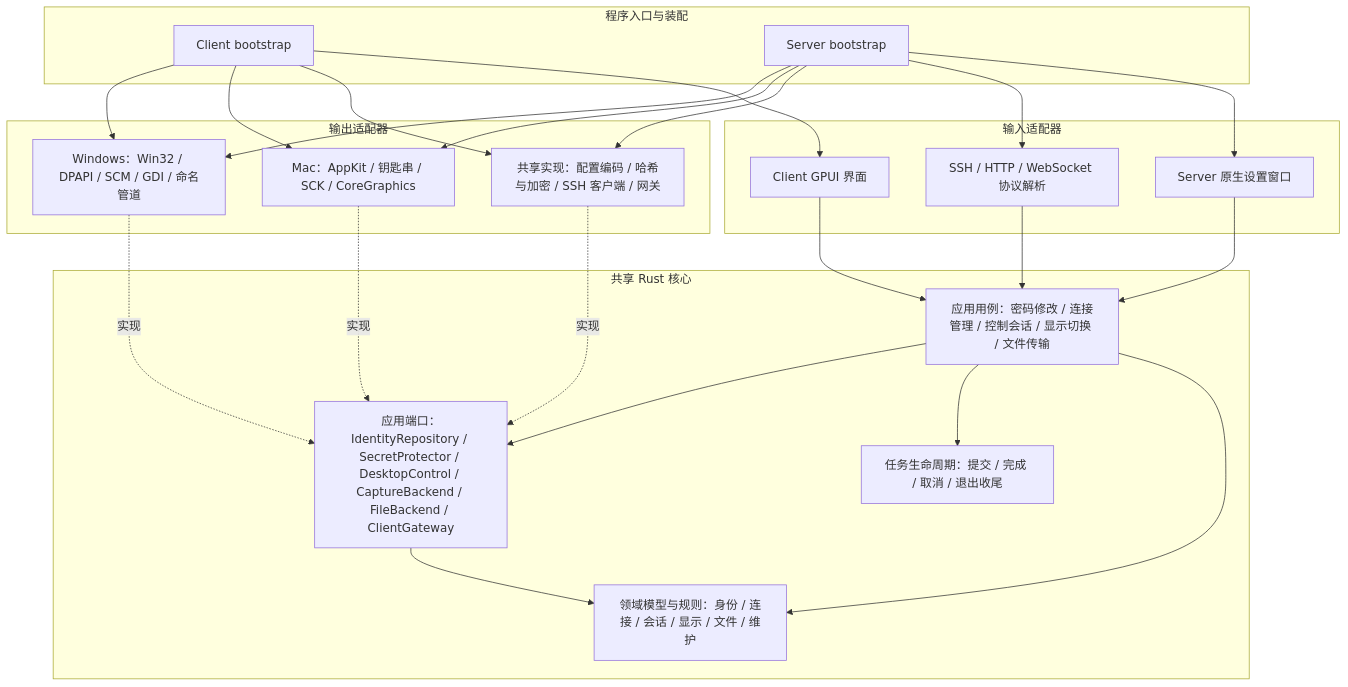
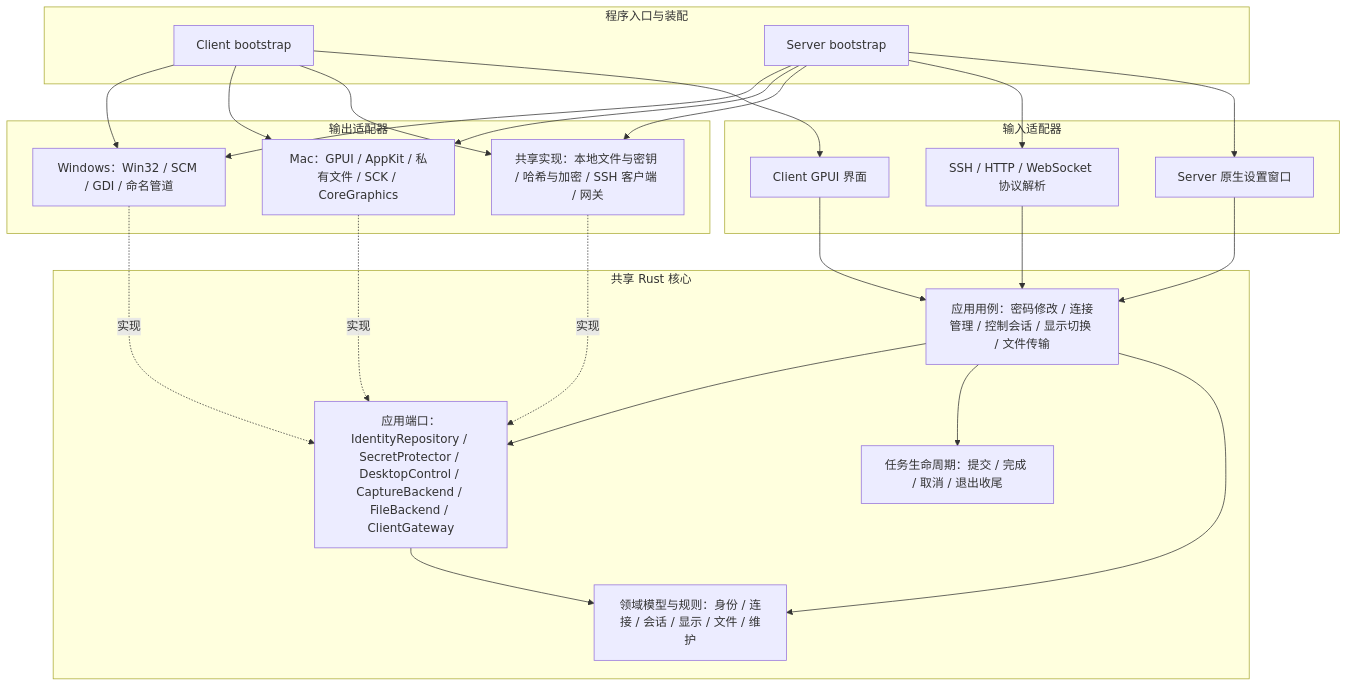
Before and after one commit to dripai/LanDesk: the second of 4 diagrams in docs/architecture.md, drawn with Mermaid. The commit also changed other lines of this file and 44 other files, not shown here.

````diff
--- a/docs/architecture.md
+++ b/docs/architecture.md
@@ -94,42 +94,42 @@
 ```mermaid
 flowchart TB
     subgraph entry[程序入口与装配]
         cb[Client bootstrap]
         sb[Server bootstrap]
     end
     subgraph inbound[输入适配器]
         cui[Client GPUI 界面]
         sui[Server 原生设置窗口]
         net[SSH / HTTP / WebSocket 协议解析]
     end
     subgraph core[共享 Rust 核心]
         usecase[应用用例：密码修改 / 连接管理 / 控制会话 / 显示切换 / 文件传输]
         jobs[任务生命周期：提交 / 完成 / 取消 / 退出收尾]
         domain[领域模型与规则：身份 / 连接 / 会话 / 显示 / 文件 / 维护]
         ports[应用端口：IdentityRepository / SecretProtector / DesktopControl / CaptureBackend / FileBackend / ClientGateway]
         usecase --> domain
         usecase --> jobs
         usecase --> ports
         ports --> domain
     end
     subgraph outbound[输出适配器]
-        common[共享实现：配置编码 / 哈希与加密 / SSH 客户端 / 网关]
-        mac[Mac：AppKit / 钥匙串 / SCK / CoreGraphics]
-        win[Windows：Win32 / DPAPI / SCM / GDI / 命名管道]
+        common[共享实现：本地文件与密钥 / 哈希与加密 / SSH 客户端 / 网关]
+        mac[Mac：GPUI / AppKit / 私有文件 / SCK / CoreGraphics]
+        win[Windows：Win32 / SCM / GDI / 命名管道]
     end
     cb --> cui
     sb --> sui
     sb --> net
     cui --> usecase
     sui --> usecase
     net --> usecase
     common -. 实现 .-> ports
     mac -. 实现 .-> ports
     win -. 实现 .-> ports
     cb --> common
     sb --> common
     cb --> mac
     cb --> win
     sb --> mac
     sb --> win
 ```
````
